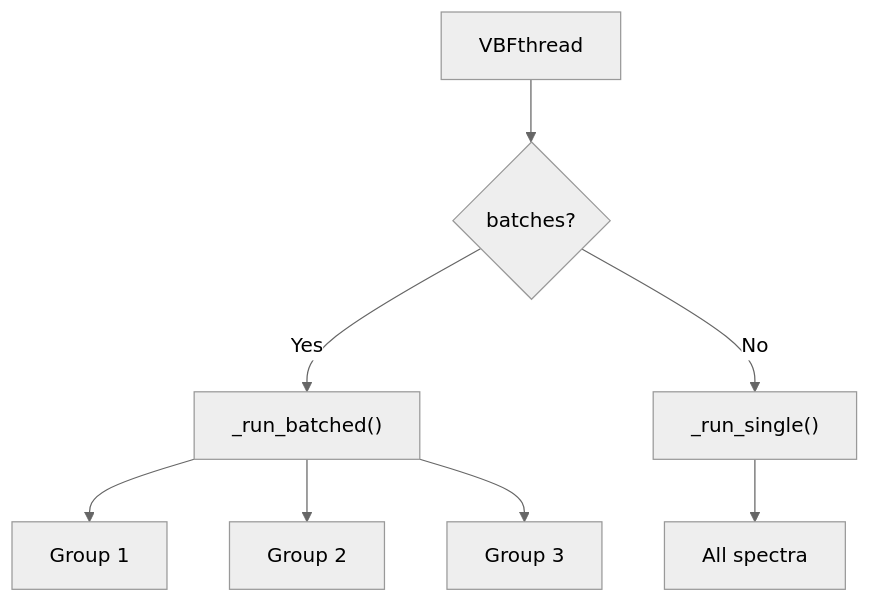
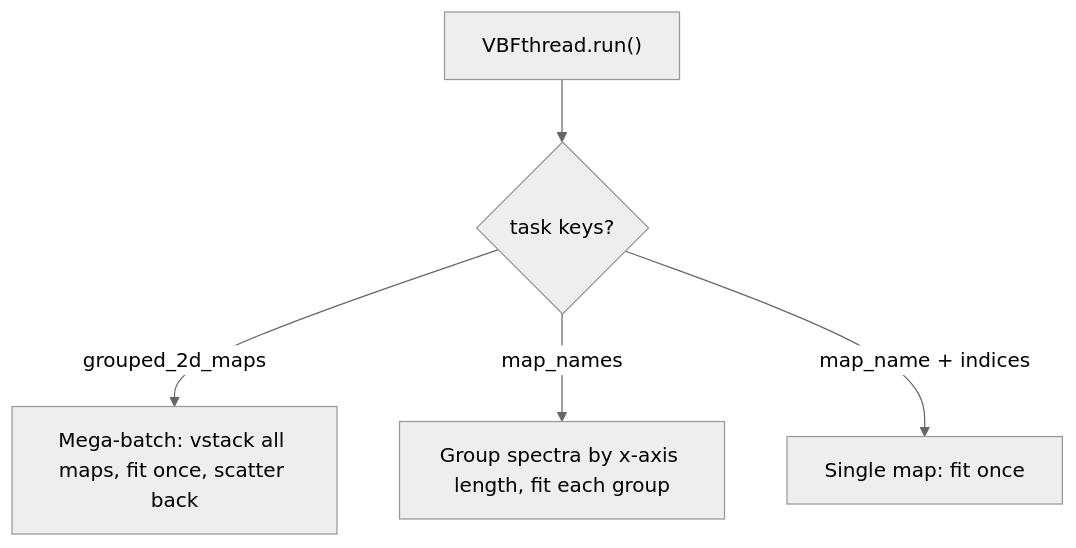
One commit to CEA-MetroCarac/SPECTROview changed the third of 3 diagrams in docs/developer/vbf_engine.md. Above: the diagram before and after it, drawn with Mermaid (neutral theme). The commit also changed other lines of this file and 1 other file, not shown here.

````diff
--- a/docs/developer/vbf_engine.md
+++ b/docs/developer/vbf_engine.md
@@ -240,10 +233,7 @@
 ```mermaid
 graph TD
-    TFT["VBFthread"] --> Check{"batches?"}
-    Check -->|"Yes"| B["_run_batched()"]
-    Check -->|"No"| S["_run_single()"]
-    B --> G1["Group 1"]
-    B --> G2["Group 2"]
-    B --> G3["Group 3"]
-    S --> All["All spectra"]
+    TFT["VBFthread.run()"] --> Check{"task keys?"}
+    Check -->|"grouped_2d_maps"| G["Mega-batch: vstack all maps, fit once, scatter back"]
+    Check -->|"map_names"| B["Group spectra by x-axis length, fit each group"]
+    Check -->|"map_name + indices"| S["Single map: fit once"]
 ```
````
